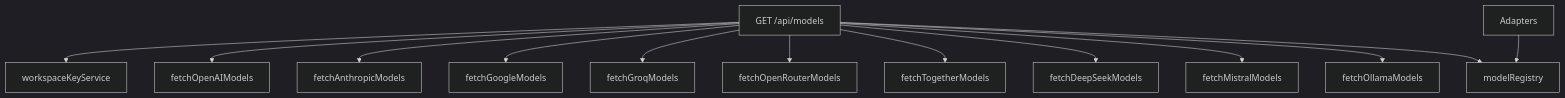
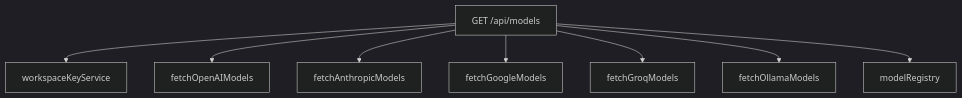
One commit to shekhargiri005-dotcom/AI-powered-accessibility-first-UI-engine changed the fifth of 5 diagrams in .qoder/repowiki/en/content/Architecture & Design/Layered Architecture/API Layer/Models API.md. Above: the diagram before and after it, drawn with Mermaid (dark theme). The commit also changed other lines of this file and 9 other files, not shown here.

````diff
--- a/.qoder/repowiki/en/content/Architecture & Design/Layered Architecture/API Layer/Models API.md
+++ b/.qoder/repowiki/en/content/Architecture & Design/Layered Architecture/API Layer/Models API.md
@@ -285,15 +261,10 @@
 ```mermaid
 graph TB
 Route["GET /api/models"] --> WS["workspaceKeyService"]
 Route --> FOAI["fetchOpenAIModels"]
 Route --> FANTH["fetchAnthropicModels"]
 Route --> FGOOG["fetchGoogleModels"]
 Route --> FGROQ["fetchGroqModels"]
-Route --> FOR["fetchOpenRouterModels"]
-Route --> FTog["fetchTogetherModels"]
-Route --> FDSeek["fetchDeepSeekModels"]
-Route --> FMist["fetchMistralModels"]
 Route --> FOlla["fetchOllamaModels"]
 Route --> Reg["modelRegistry"]
-Adapters["Adapters"] --> Reg
 ```
````
